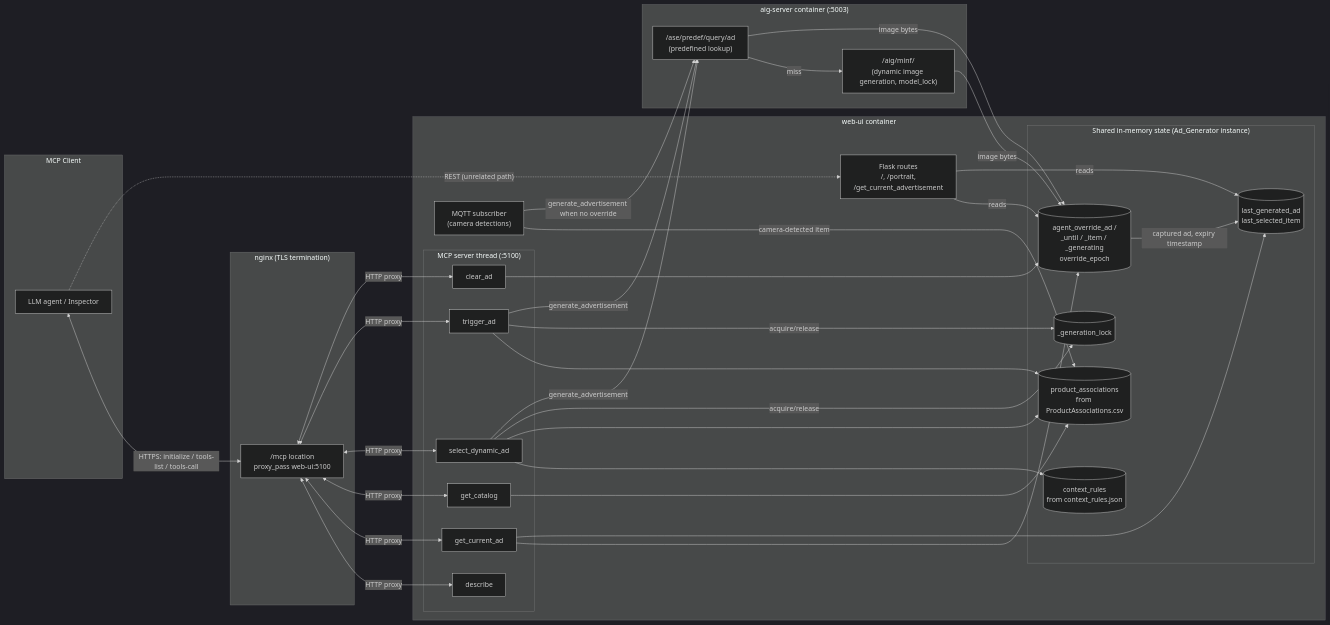
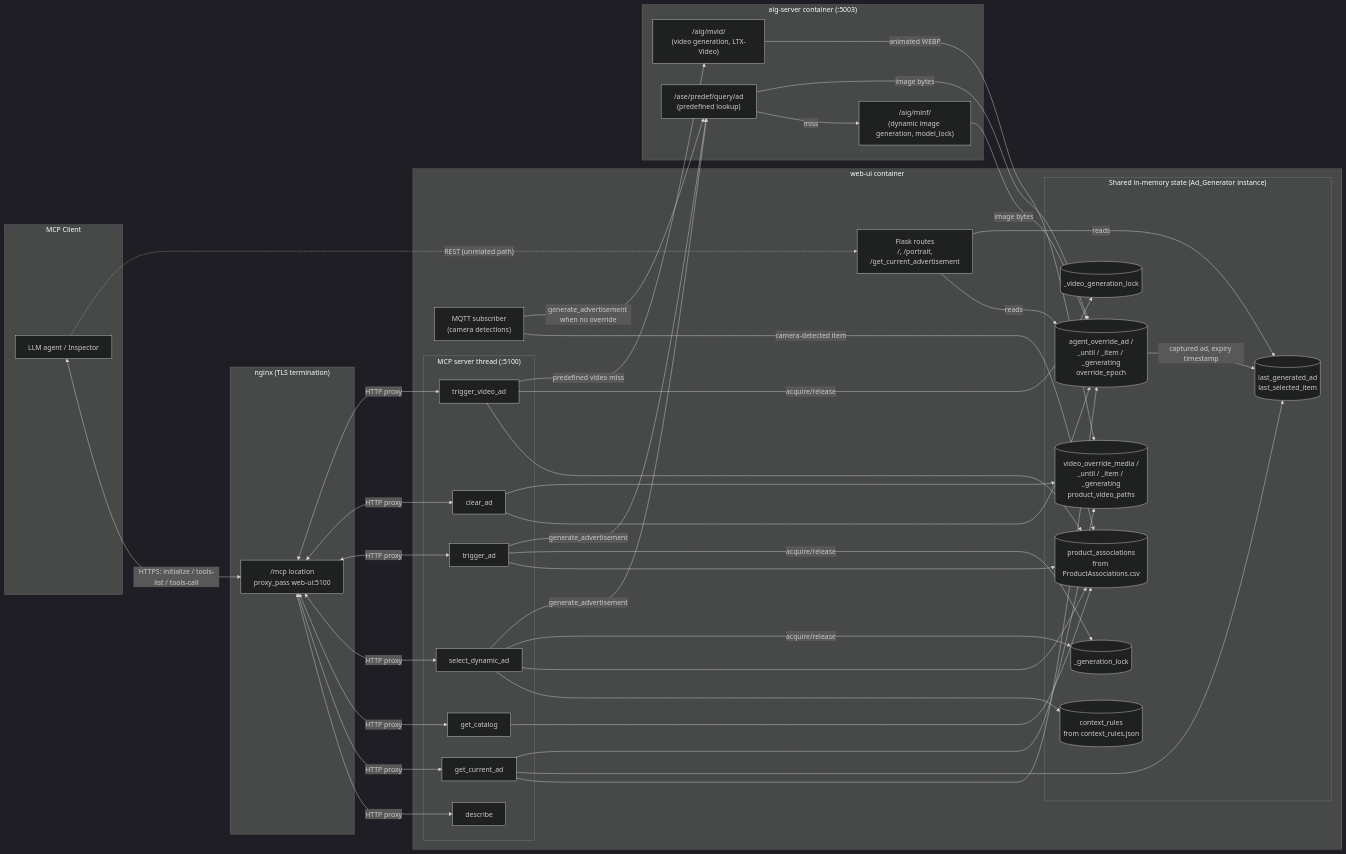
One commit to intel-retail/digital-signage changed the second of 2 diagrams in docs/user-guide/how-to-guides/mcp-server-architecture.md. Above: the diagram before and after it, drawn with Mermaid.

Commit message:
docs(mcp): add trigger_video_ad and /aig/mvid/ to the data-flow diagram

````diff
--- a/docs/user-guide/how-to-guides/mcp-server-architecture.md
+++ b/docs/user-guide/how-to-guides/mcp-server-architecture.md
@@ -154,64 +154,75 @@
 ```mermaid
 ---
 config: {"theme": "dark"}
 ---
 flowchart LR
     subgraph Client["MCP Client"]
         C1[LLM agent / Inspector]
     end
 
     subgraph Proxy["nginx (TLS termination)"]
         N1["/mcp location\nproxy_pass web-ui:5100"]
     end
 
     subgraph WebUI["web-ui container"]
         subgraph MCPThread["MCP server thread (:5100)"]
             T1[describe]
             T2[get_current_ad]
             T3[get_catalog]
             T4[select_dynamic_ad]
             T5[trigger_ad]
             T6[clear_ad]
+            T7[trigger_video_ad]
         end
 
         subgraph SharedState["Shared in-memory state (Ad_Generator instance)"]
             S1[(product_associations\nfrom ProductAssociations.csv)]
             S2[(context_rules\nfrom context_rules.json)]
             S3[(agent_override_ad /\n_until / _item / _generating\noverride_epoch)]
             S4[(last_generated_ad\nlast_selected_item)]
             S5[(_generation_lock)]
+            S6[(video_override_media /\n_until / _item / _generating\nproduct_video_paths)]
+            S7[(_video_generation_lock)]
         end
 
         F1["Flask routes\n/, /portrait,\n/get_current_advertisement"]
         MQ["MQTT subscriber\n(camera detections)"]
     end
 
     subgraph AIGServer["aig-server container (:5003)"]
         A1["/ase/predef/query/ad\n(predefined lookup)"]
         A2["/aig/minf/\n(dynamic image generation, model_lock)"]
+        A3["/aig/mvid/\n(video generation, LTX-Video)"]
     end
 
     C1 <-->|"HTTPS: initialize / tools-list / tools-call"| N1
-    N1 <-->|"HTTP proxy"| T1 & T2 & T3 & T4 & T5 & T6
+    N1 <-->|"HTTP proxy"| T1 & T2 & T3 & T4 & T5 & T6 & T7
 
     T2 --> S3
     T2 --> S4
+    T2 --> S6
     T3 --> S1
     T4 --> S2
     T4 --> S1
     T4 -->|"acquire/release"| S5
     T5 --> S1
     T5 -->|"acquire/release"| S5
     T6 --> S3
+    T6 --> S6
+    T7 --> S1
+    T7 -->|"acquire/release"| S7
 
     T4 & T5 -->|generate_advertisement| A1
     A1 -->|"miss"| A2
     A1 & A2 -->|image bytes| S3
     S3 -->|captured ad, expiry timestamp| S4
+
+    T7 -->|"predefined video miss"| A3
+    A3 -->|animated WEBP| S6
 
     MQ -->|camera-detected item| S1
     MQ -->|generate_advertisement when no override| A1
     F1 -->|reads| S3
     F1 -->|reads| S4
     C1 -.->|"REST (unrelated path)"| F1
 ```
````
